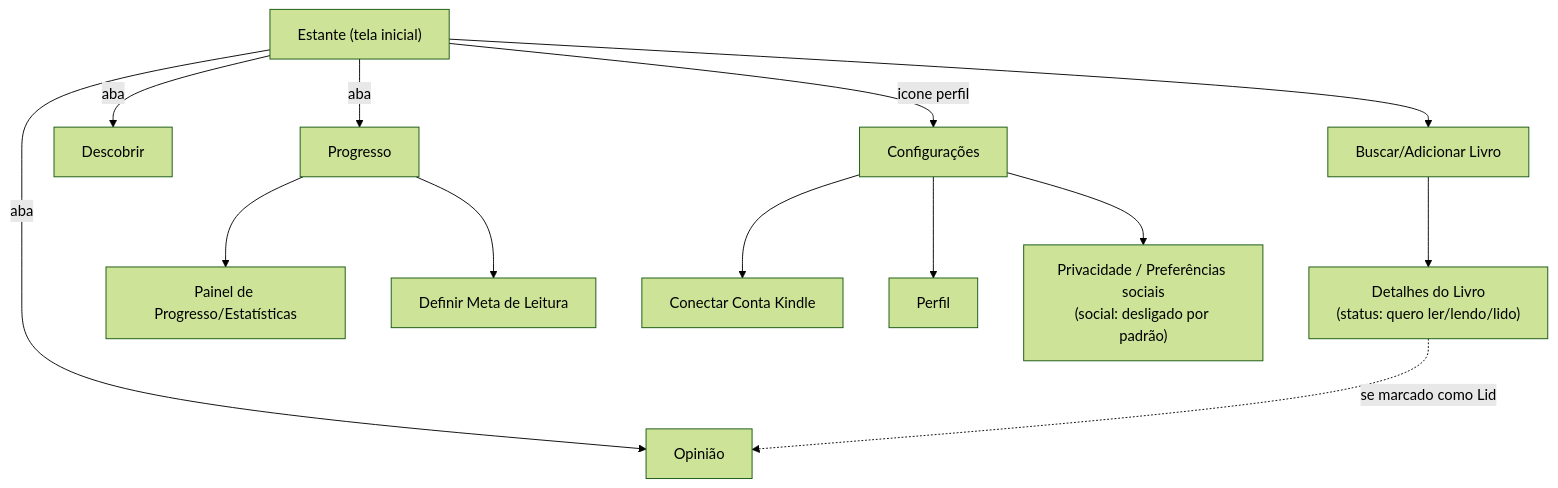
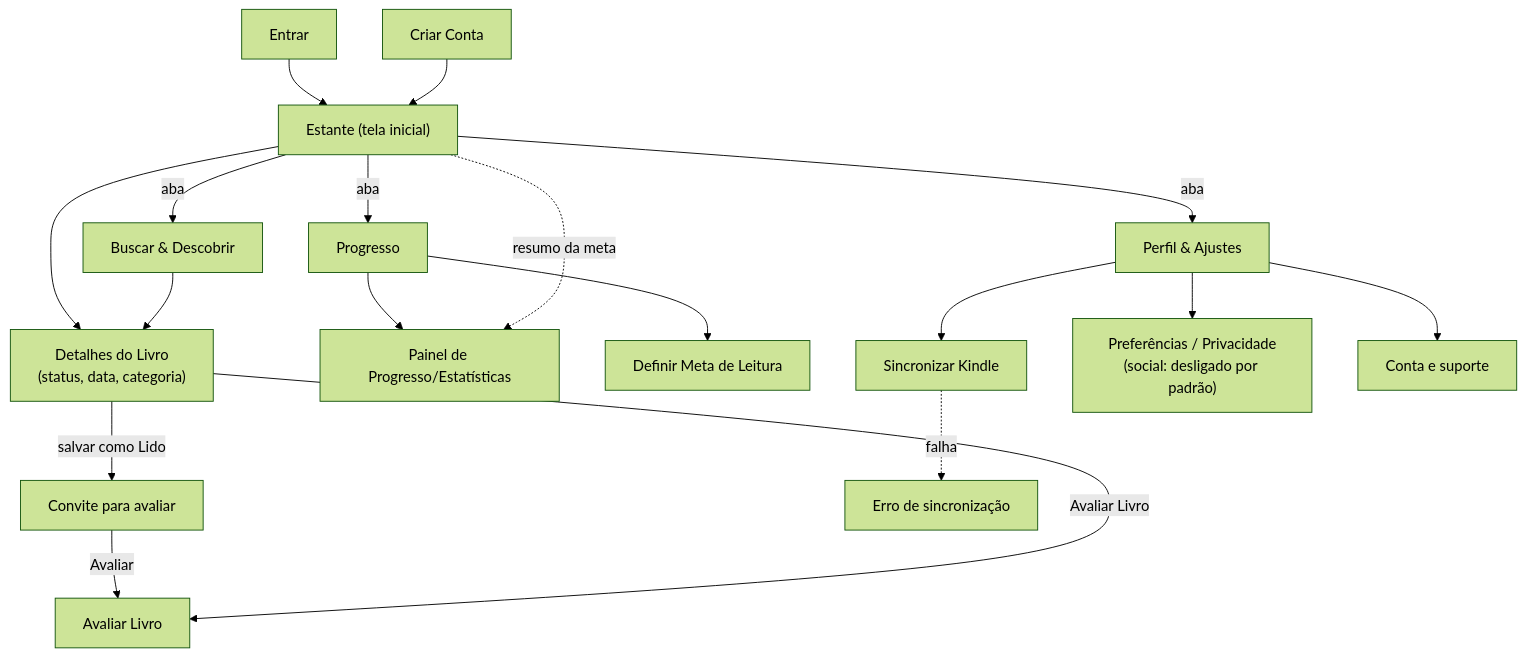
One commit to monyseandra/app-leitura changed the first of 5 diagrams in docs/8_arquitetura_fluxo.md. Above: the diagram before and after it, drawn with Mermaid (forest theme). The commit also changed other lines of this file, not shown here.

````diff
--- a/docs/8_arquitetura_fluxo.md
+++ b/docs/8_arquitetura_fluxo.md
@@ -20,19 +26,24 @@
 ```mermaid
 graph TD
+    Login["Entrar"] --> Estante
+    Criar["Criar Conta"] --> Estante
     Estante["Estante (tela inicial)"]
     Estante -->|aba| Progresso["Progresso"]
-    Estante -->|aba| Opiniao["Opinião"]
-    Estante -->|aba| Descobrir["Descobrir"]
-    Estante -->|icone perfil| Config["Configurações"]
+    Estante -->|aba| Buscar["Buscar & Descobrir"]
+    Estante -->|aba| Perfil["Perfil & Ajustes"]
 
-    Estante --> Buscar["Buscar/Adicionar Livro"]
-    Buscar --> Detalhes["Detalhes do Livro<br/>(status: quero ler/lendo/lido)"]
-    Detalhes -.se marcado como Lido.-> Opiniao
+    Estante --> Detalhes["Detalhes do Livro<br/>(status, data, categoria)"]
+    Buscar --> Detalhes
+    Detalhes -->|salvar como Lido| Convite["Convite para avaliar"]
+    Convite -->|Avaliar| Avaliar["Avaliar Livro"]
+    Detalhes -->|Avaliar Livro| Avaliar
 
     Progresso --> Painel["Painel de Progresso/Estatísticas"]
     Progresso --> Meta["Definir Meta de Leitura"]
+    Estante -.resumo da meta.-> Painel
 
-    Config --> Kindle["Conectar Conta Kindle"]
-    Config --> Perfil["Perfil"]
-    Config --> Privacidade["Privacidade / Preferências sociais<br/>(social: desligado por padrão)"]
+    Perfil --> Kindle["Sincronizar Kindle"]
+    Kindle -.falha.-> KindleErro["Erro de sincronização"]
+    Perfil --> Prefs["Preferências / Privacidade<br/>(social: desligado por padrão)"]
+    Perfil --> Conta["Conta e suporte"]
 ```
````
